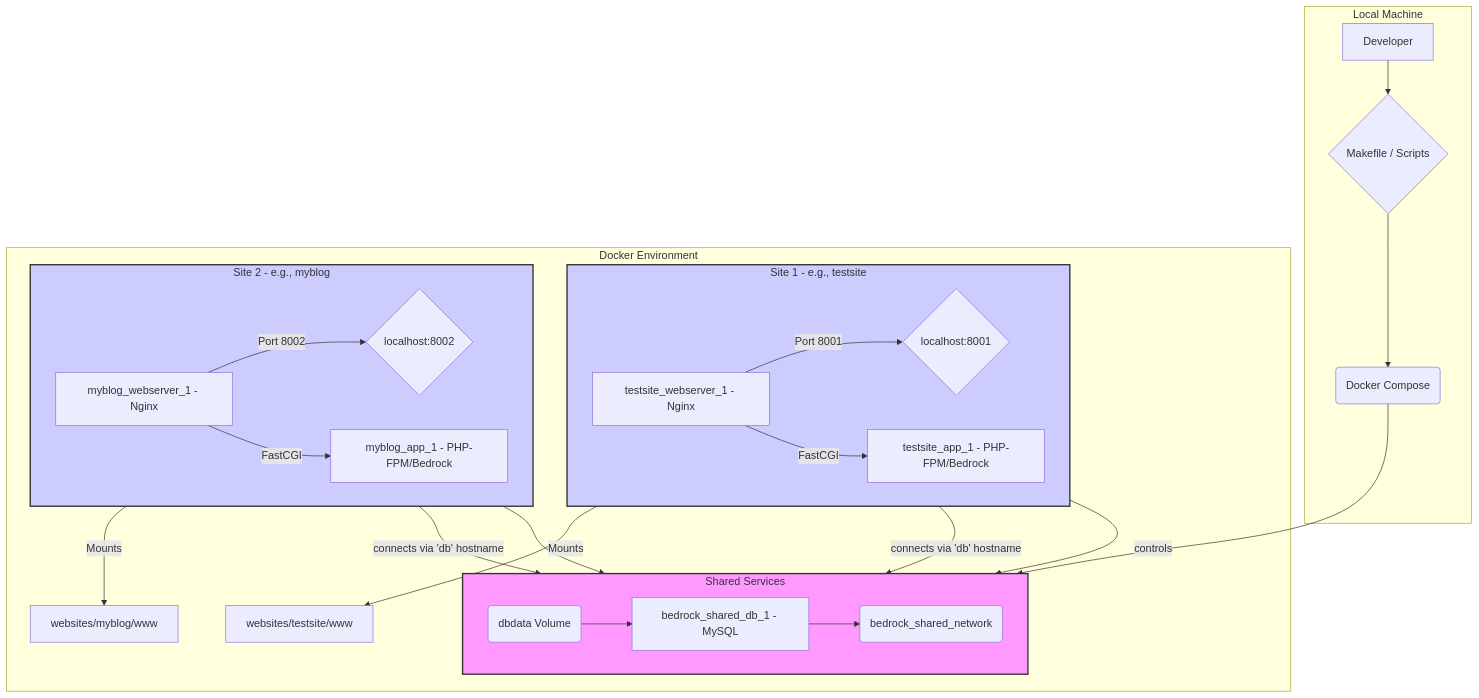
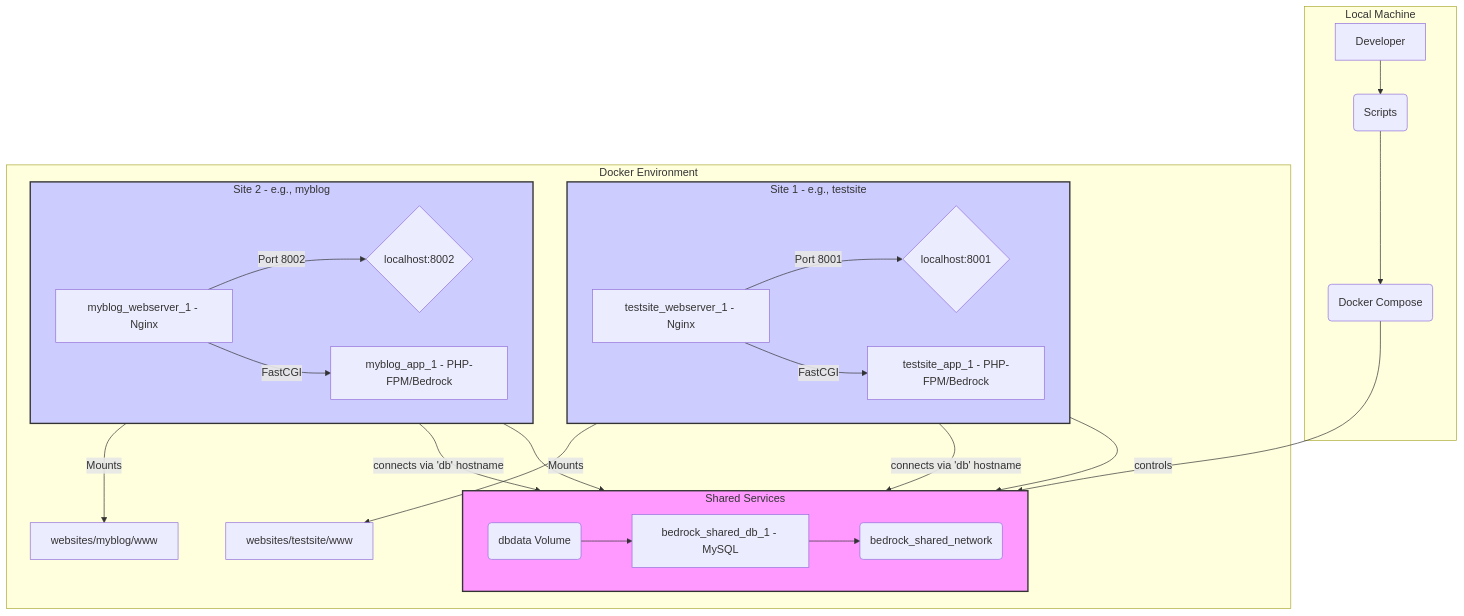
Before and after one commit to satusdev/bedrock-forge: the first of 2 diagrams in docs/concepts.md, drawn with Mermaid. The commit also changed other lines of this file and 5 other files, not shown here.

````diff
--- a/docs/concepts.md
+++ b/docs/concepts.md
@@ -24,40 +24,40 @@
 ```mermaid
 graph TD
     subgraph Local Machine
-        A[Developer] --> B{Makefile / Scripts}
+        A[Developer] --> B(Scripts)
         B --> C(Docker Compose)
     end
 
     subgraph Docker Environment
         C -- controls --> D(bedrock_shared_network)
 
         subgraph shared_services [Shared Services]
             direction LR
             E[bedrock_shared_db_1 - MySQL] --> D
             F(dbdata Volume) --> E
         end
 
         subgraph site1 [Site 1 - e.g., testsite]
             direction LR
             G[testsite_webserver_1 - Nginx] -- "Port 8001" --> H{localhost:8001}
             G -- "FastCGI" --> I[testsite_app_1 - PHP-FPM/Bedrock]
             I -- "connects via 'db' hostname" --> D
             G --> D
         end
 
         subgraph site2 [Site 2 - e.g., myblog]
             direction LR
             J[myblog_webserver_1 - Nginx] -- "Port 8002" --> K{localhost:8002}
             J -- "FastCGI" --> L[myblog_app_1 - PHP-FPM/Bedrock]
             L -- "connects via 'db' hostname" --> D
             J --> D
         end
 
         I -- "Mounts" --> M[websites/testsite/www]
         L -- "Mounts" --> N[websites/myblog/www]
     end
 
     style shared_services fill:#f9f,stroke:#333,stroke-width:2px
     style site1 fill:#ccf,stroke:#333,stroke-width:2px
     style site2 fill:#ccf,stroke:#333,stroke-width:2px
 ```
````
